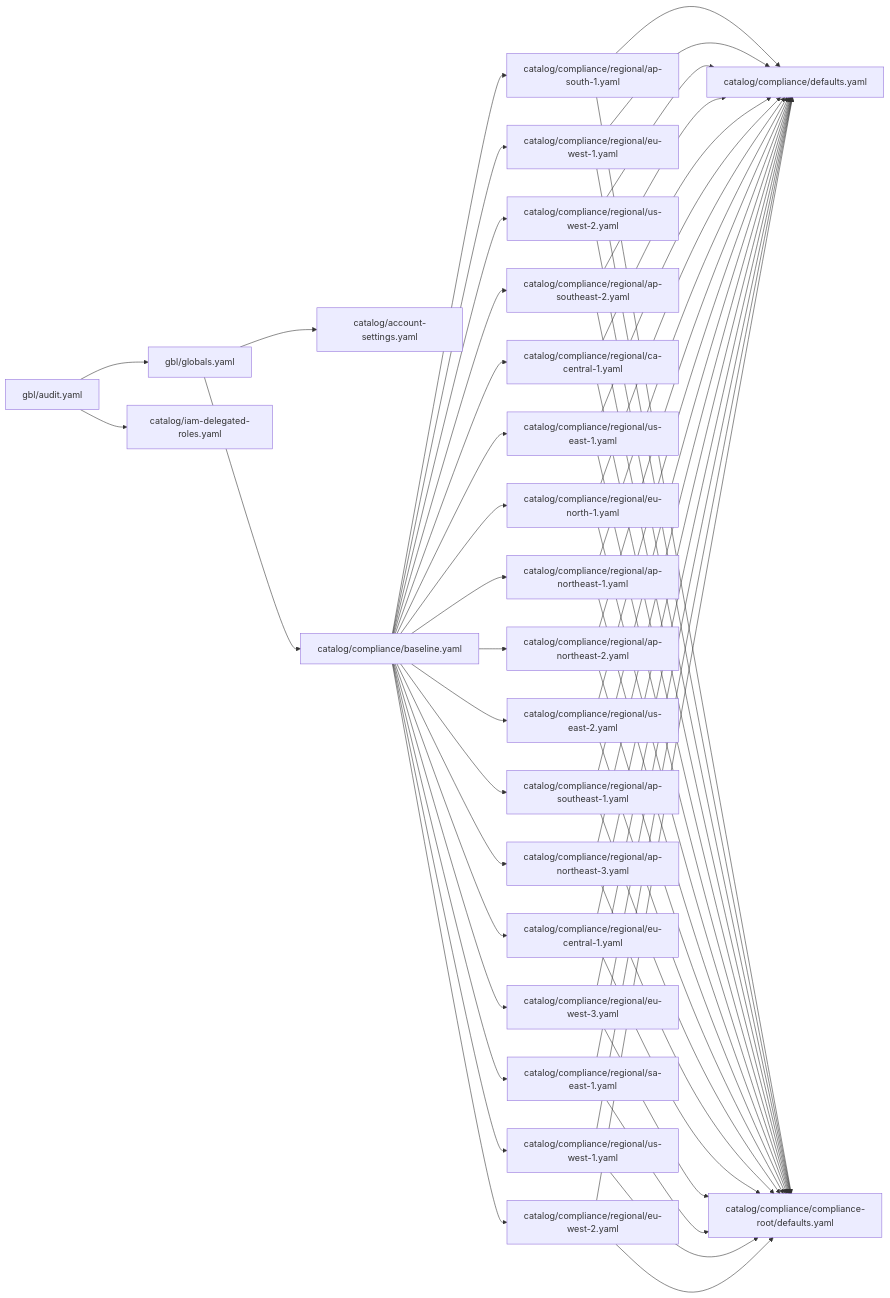
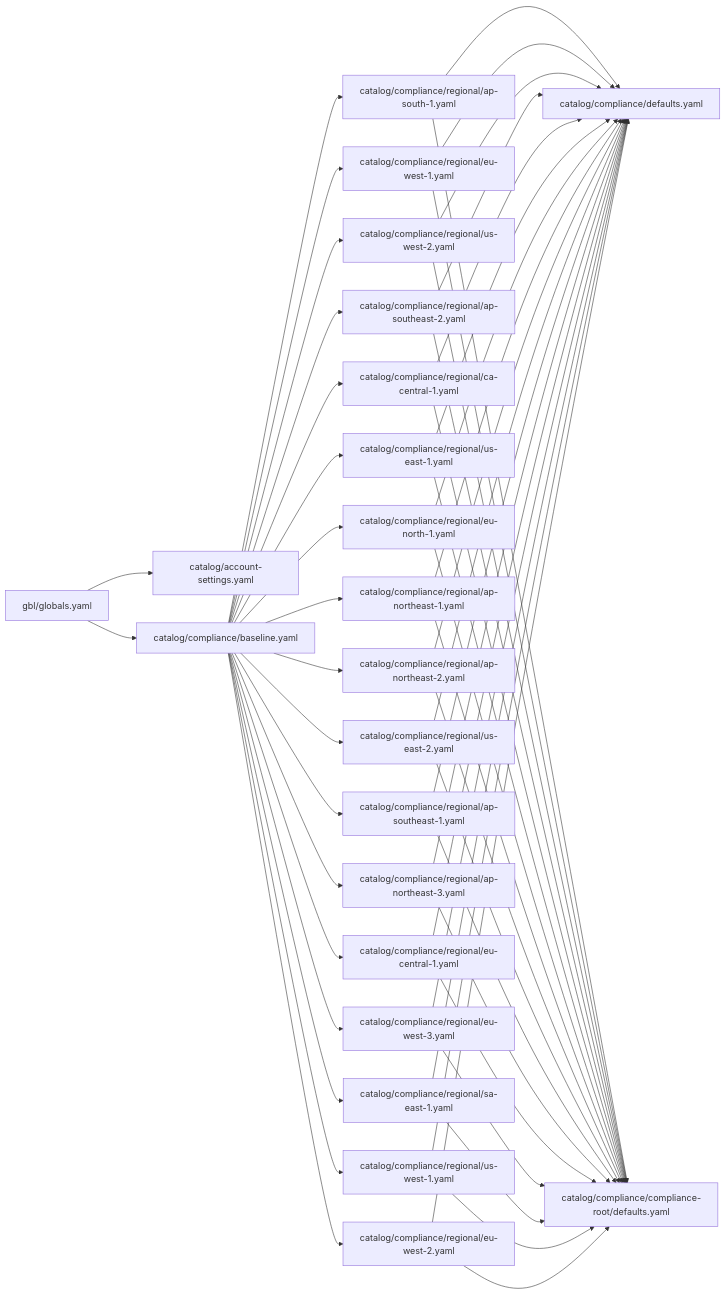
One commit to srhopkins/cp-imports changed the diagram in README.md. Above: the diagram before and after it, drawn with Mermaid.

Commit message:
Trying shorter mermaid example

````diff
--- a/README.md
+++ b/README.md
@@ -38,59 +38,57 @@
 ```mermaid
 flowchart LR
-  i1["gbl/audit.yaml"] --> i2["gbl/globals.yaml"]
-  i1 --> i3["catalog/iam-delegated-roles.yaml"]
-  i2 --> i4["catalog/account-settings.yaml"]
-  i2 --> i5["catalog/compliance/baseline.yaml"]
-  i5 --> i6["catalog/compliance/regional/ap-south-1.yaml"]
-  i5 --> i7["catalog/compliance/regional/eu-west-1.yaml"]
-  i5 --> i8["catalog/compliance/regional/us-west-2.yaml"]
-  i5 --> i9["catalog/compliance/regional/ap-southeast-2.yaml"]
-  i5 --> i10["catalog/compliance/regional/ca-central-1.yaml"]
-  i5 --> i11["catalog/compliance/regional/us-east-1.yaml"]
-  i5 --> i12["catalog/compliance/regional/eu-north-1.yaml"]
-  i5 --> i13["catalog/compliance/regional/ap-northeast-1.yaml"]
-  i5 --> i14["catalog/compliance/regional/ap-northeast-2.yaml"]
-  i5 --> i15["catalog/compliance/regional/us-east-2.yaml"]
-  i5 --> i16["catalog/compliance/regional/ap-southeast-1.yaml"]
-  i5 --> i17["catalog/compliance/regional/ap-northeast-3.yaml"]
-  i5 --> i18["catalog/compliance/regional/eu-central-1.yaml"]
-  i5 --> i19["catalog/compliance/regional/eu-west-3.yaml"]
-  i5 --> i20["catalog/compliance/regional/sa-east-1.yaml"]
-  i5 --> i21["catalog/compliance/regional/us-west-1.yaml"]
-  i5 --> i22["catalog/compliance/regional/eu-west-2.yaml"]
-  i6 --> i23["catalog/compliance/defaults.yaml"]
-  i6 --> i24["catalog/compliance/compliance-root/defaults.yaml"]
-  i7 --> i23
-  i7 --> i24
-  i8 --> i23
-  i8 --> i24
-  i9 --> i23
-  i9 --> i24
-  i10 --> i23
-  i10 --> i24
-  i11 --> i23
-  i11 --> i24
-  i12 --> i23
-  i12 --> i24
-  i13 --> i23
-  i13 --> i24
-  i14 --> i23
-  i14 --> i24
-  i15 --> i23
-  i15 --> i24
-  i16 --> i23
-  i16 --> i24
-  i17 --> i23
-  i17 --> i24
-  i18 --> i23
-  i18 --> i24
-  i19 --> i23
-  i19 --> i24
-  i20 --> i23
-  i20 --> i24
-  i21 --> i23
-  i21 --> i24
-  i22 --> i23
-  i22 --> i24
+  i1["gbl/globals.yaml"] --> i2["catalog/account-settings.yaml"]
+  i1 --> i3["catalog/compliance/baseline.yaml"]
+  i3 --> i4["catalog/compliance/regional/ap-south-1.yaml"]
+  i3 --> i5["catalog/compliance/regional/eu-west-1.yaml"]
+  i3 --> i6["catalog/compliance/regional/us-west-2.yaml"]
+  i3 --> i7["catalog/compliance/regional/ap-southeast-2.yaml"]
+  i3 --> i8["catalog/compliance/regional/ca-central-1.yaml"]
+  i3 --> i9["catalog/compliance/regional/us-east-1.yaml"]
+  i3 --> i10["catalog/compliance/regional/eu-north-1.yaml"]
+  i3 --> i11["catalog/compliance/regional/ap-northeast-1.yaml"]
+  i3 --> i12["catalog/compliance/regional/ap-northeast-2.yaml"]
+  i3 --> i13["catalog/compliance/regional/us-east-2.yaml"]
+  i3 --> i14["catalog/compliance/regional/ap-southeast-1.yaml"]
+  i3 --> i15["catalog/compliance/regional/ap-northeast-3.yaml"]
+  i3 --> i16["catalog/compliance/regional/eu-central-1.yaml"]
+  i3 --> i17["catalog/compliance/regional/eu-west-3.yaml"]
+  i3 --> i18["catalog/compliance/regional/sa-east-1.yaml"]
+  i3 --> i19["catalog/compliance/regional/us-west-1.yaml"]
+  i3 --> i20["catalog/compliance/regional/eu-west-2.yaml"]
+  i4 --> i21["catalog/compliance/defaults.yaml"]
+  i4 --> i22["catalog/compliance/compliance-root/defaults.yaml"]
+  i5 --> i21
+  i5 --> i22
+  i6 --> i21
+  i6 --> i22
+  i7 --> i21
+  i7 --> i22
+  i8 --> i21
+  i8 --> i22
+  i9 --> i21
+  i9 --> i22
+  i10 --> i21
+  i10 --> i22
+  i11 --> i21
+  i11 --> i22
+  i12 --> i21
+  i12 --> i22
+  i13 --> i21
+  i13 --> i22
+  i14 --> i21
+  i14 --> i22
+  i15 --> i21
+  i15 --> i22
+  i16 --> i21
+  i16 --> i22
+  i17 --> i21
+  i17 --> i22
+  i18 --> i21
+  i18 --> i22
+  i19 --> i21
+  i19 --> i22
+  i20 --> i21
+  i20 --> i22
 
 ```
````
